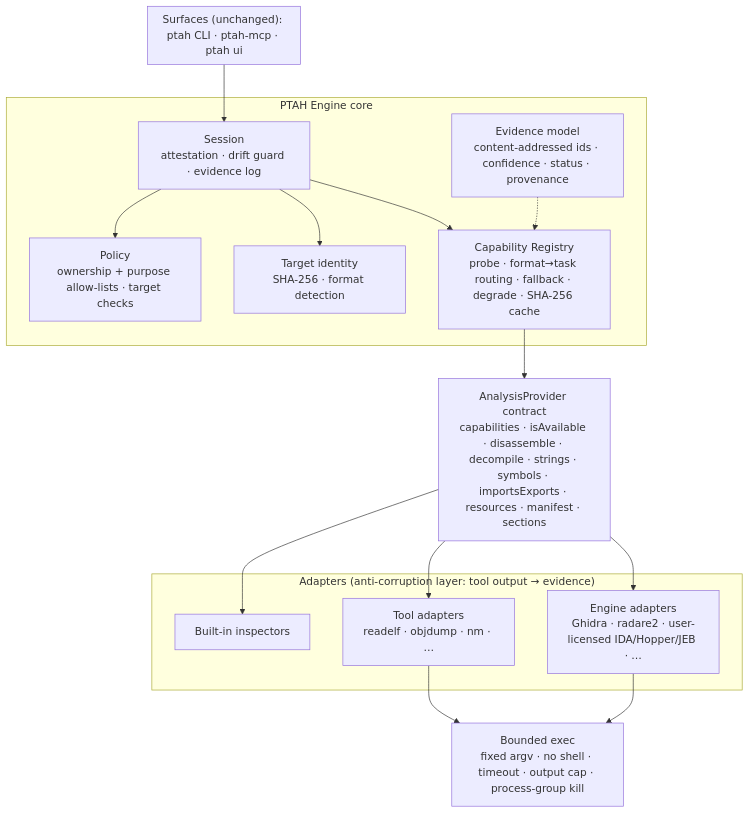
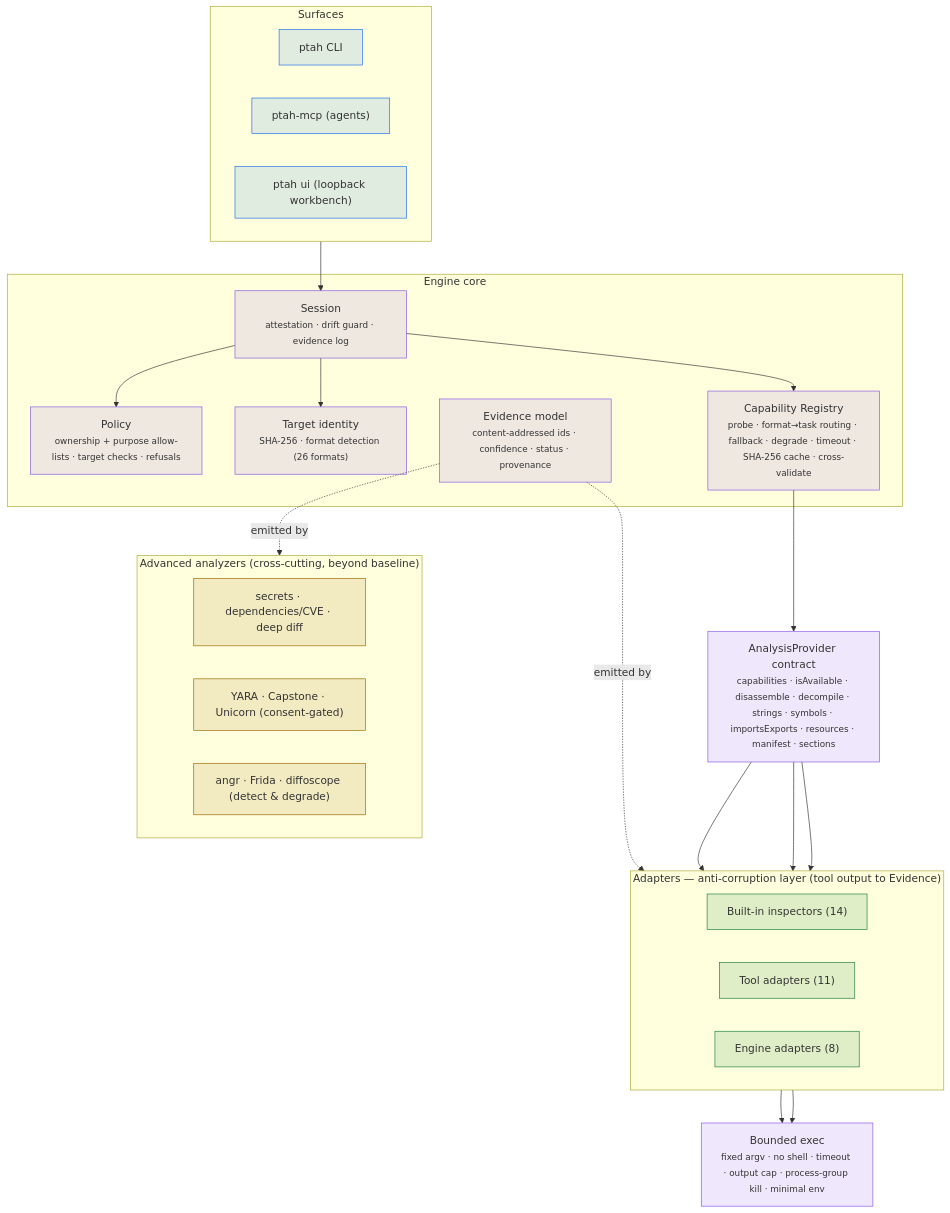
One commit to owlvisions/PTAH changed the diagram in engine/README.md. Above: the diagram before and after it, drawn with Mermaid. The commit also changed other lines of this file and 1 other file, not shown here.

First line of the commit message:
docs(engine): professional README with architecture diagram + 50-item roadmap

````diff
--- a/engine/README.md
+++ b/engine/README.md
@@ -10,29 +20,43 @@
 ```mermaid
 flowchart TB
-  subgraph Surfaces["Surfaces (unchanged): ptah CLI · ptah-mcp · ptah ui"]
+  subgraph S["Surfaces"]
+    CLI["ptah CLI"]:::s
+    MCP["ptah-mcp (agents)"]:::s
+    UI["ptah ui (loopback workbench)"]:::s
   end
-  Surfaces --> Session
-  subgraph Core["PTAH Engine core"]
-    Session["Session<br/>attestation · drift guard · evidence log"]
-    Policy["Policy<br/>ownership + purpose allow-lists · target checks"]
-    Registry["Capability Registry<br/>probe · format→task routing · fallback · degrade · SHA-256 cache"]
-    Evidence["Evidence model<br/>content-addressed ids · confidence · status · provenance"]
-    Target["Target identity<br/>SHA-256 · format detection"]
+  S --> SESSION
+
+  subgraph CORE["Engine core"]
+    SESSION["Session<br/><small>attestation · drift guard · evidence log</small>"]:::c
+    POLICY["Policy<br/><small>ownership + purpose allow-lists · target checks · refusals</small>"]:::c
+    REG["Capability Registry<br/><small>probe · format→task routing · fallback · degrade · timeout · SHA-256 cache · cross-validate</small>"]:::c
+    EV["Evidence model<br/><small>content-addressed ids · confidence · status · provenance</small>"]:::c
+    TGT["Target identity<br/><small>SHA-256 · format detection (26 formats)</small>"]:::c
   end
-  Session --> Policy
-  Session --> Target
-  Session --> Registry
-  Registry --> Contract
-  Contract["AnalysisProvider contract<br/>capabilities · isAvailable · disassemble · decompile · strings · symbols · importsExports · resources · manifest · sections"]
-  subgraph Adapters["Adapters (anti-corruption layer: tool output → evidence)"]
-    Builtin["Built-in inspectors"]
-    Tools["Tool adapters<br/>readelf · objdump · nm · …"]
-    Engines["Engine adapters<br/>Ghidra · radare2 · user-licensed IDA/Hopper/JEB · …"]
+  SESSION --> POLICY & TGT & REG
+  REG --> CONTRACT["AnalysisProvider contract<br/><small>capabilities · isAvailable · disassemble · decompile · strings · symbols · importsExports · resources · manifest · sections</small>"]:::c
+
+  subgraph ADAPTERS["Adapters — anti-corruption layer (tool output to Evidence)"]
+    direction LR
+    BUILTIN["Built-in inspectors (14)"]:::a
+    TOOLS["Tool adapters (11)"]:::a
+    ENGINES["Engine adapters (8)"]:::a
   end
-  Contract --> Builtin
-  Contract --> Tools
-  Contract --> Engines
-  Tools --> Exec["Bounded exec<br/>fixed argv · no shell · timeout · output cap · process-group kill"]
-  Engines --> Exec
-  Evidence -.-> Registry
+  CONTRACT --> BUILTIN & TOOLS & ENGINES
+  TOOLS --> EXEC["Bounded exec<br/><small>fixed argv · no shell · timeout · output cap · process-group kill · minimal env</small>"]:::c
+  ENGINES --> EXEC
+
+  subgraph ADV["Advanced analyzers (cross-cutting, beyond baseline)"]
+    direction LR
+    A1["secrets · dependencies/CVE · deep diff"]:::adv
+    A2["YARA · Capstone · Unicorn (consent-gated)"]:::adv
+    A3["angr · Frida · diffoscope (detect & degrade)"]:::adv
+  end
+  EV -.emitted by.-> ADAPTERS
+  EV -.emitted by.-> ADV
+
+  classDef s fill:#1f6feb22,stroke:#1f6feb;
+  classDef c fill:#8957e522,stroke:#8957e5;
+  classDef a fill:#1a7f3722,stroke:#1a7f37;
+  classDef adv fill:#9a670022,stroke:#9a6700;
 ```
````
